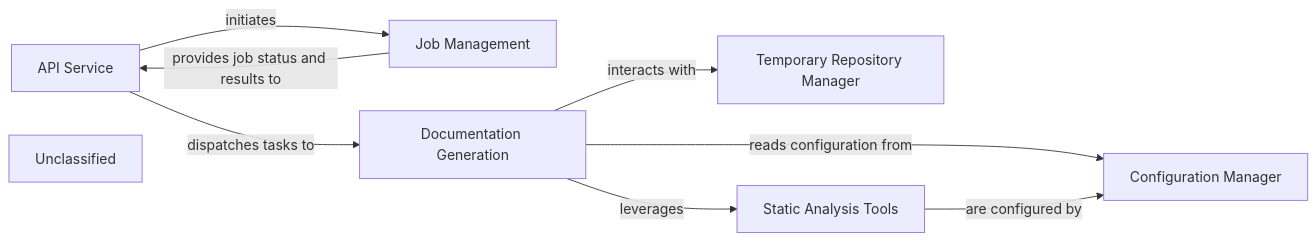
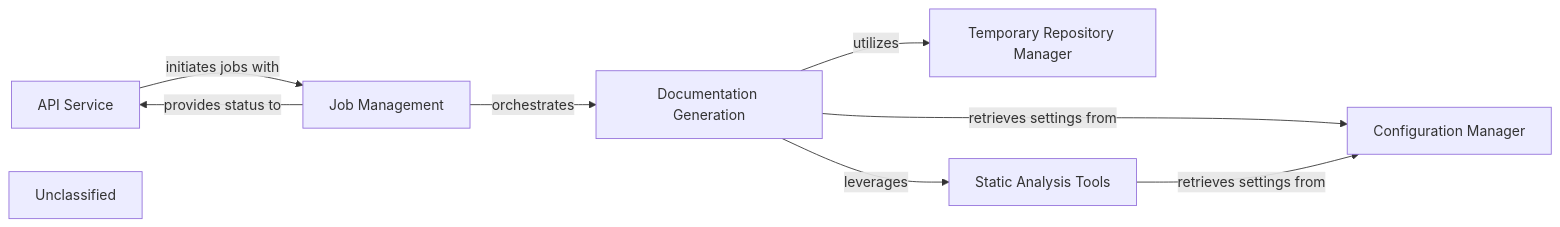
Before and after one commit to CodeBoarding/CodeBoarding: the diagram in .codeboarding/User_Interface_API_Gateway.md, drawn with Mermaid. The commit also changed other lines of this file and 19 other files, not shown here.

First line of the commit message:
docs: update codeboarding documentation and generate architecture

````diff
--- a/.codeboarding/User_Interface_API_Gateway.md
+++ b/.codeboarding/User_Interface_API_Gateway.md
@@ -1,17 +1,17 @@
 ```mermaid
 graph LR
     API_Service["API Service"]
     Job_Management["Job Management"]
     Documentation_Generation["Documentation Generation"]
     Temporary_Repository_Manager["Temporary Repository Manager"]
     Static_Analysis_Tools["Static Analysis Tools"]
     Configuration_Manager["Configuration Manager"]
     Unclassified["Unclassified"]
-    API_Service -- "initiates" --> Job_Management
-    API_Service -- "dispatches tasks to" --> Documentation_Generation
-    Job_Management -- "provides job status and results to" --> API_Service
-    Documentation_Generation -- "interacts with" --> Temporary_Repository_Manager
+    API_Service -- "initiates jobs with" --> Job_Management
+    Job_Management -- "orchestrates" --> Documentation_Generation
+    Documentation_Generation -- "utilizes" --> Temporary_Repository_Manager
     Documentation_Generation -- "leverages" --> Static_Analysis_Tools
-    Documentation_Generation -- "reads configuration from" --> Configuration_Manager
-    Static_Analysis_Tools -- "are configured by" --> Configuration_Manager
+    Documentation_Generation -- "retrieves settings from" --> Configuration_Manager
+    Static_Analysis_Tools -- "retrieves settings from" --> Configuration_Manager
+    Job_Management -- "provides status to" --> API_Service
 ```
````
